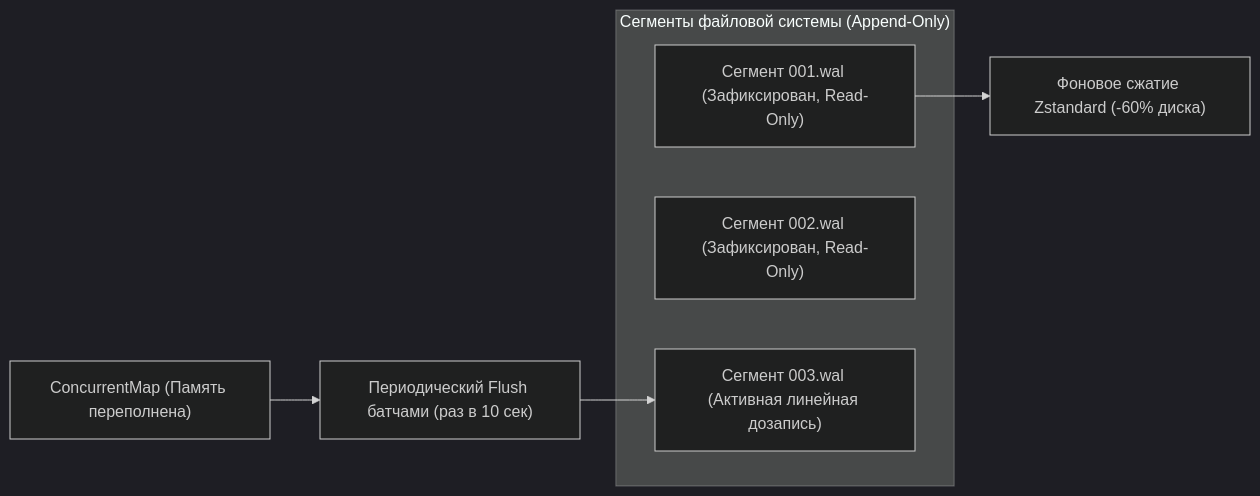
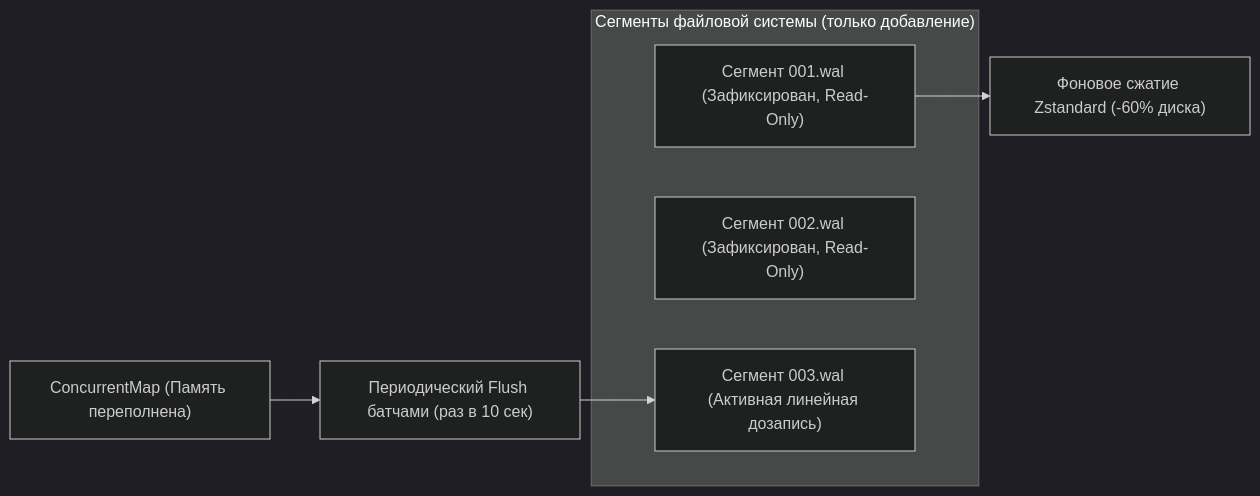
Before and after one commit to Data-Independence-Network/presentations: the sixth of 13 diagrams in architecture_presentations/04_branch_pipeline_and_storage/docs/presentation_deck.md, drawn with Mermaid (dark theme). The commit also changed other lines of this file and 88 other files, not shown here.

```diff
--- a/architecture_presentations/04_branch_pipeline_and_storage/docs/presentation_deck.md
+++ b/architecture_presentations/04_branch_pipeline_and_storage/docs/presentation_deck.md
@@ -303,13 +303,13 @@
         <div class="mermaid">
 graph LR
     CM["ConcurrentMap (Память переполнена)"] --> Flush["Периодический Flush батчами (раз в 10 сек)"]
 
-    subgraph Segments["Сегменты файловой системы (Append-Only)"]
+    subgraph Segments["Сегменты файловой системы (только добавление)"]
         Seg1["Сегмент 001.wal (Зафиксирован, Read-Only)"]
         Seg2["Сегмент 002.wal (Зафиксирован, Read-Only)"]
         SegActive["Сегмент 003.wal (Активная линейная дозапись)"]
     end
 
     Flush --> SegActive
     Seg1 --> ZSTD["Фоновое сжатие Zstandard (-60% диска)"]
         </div>
```
